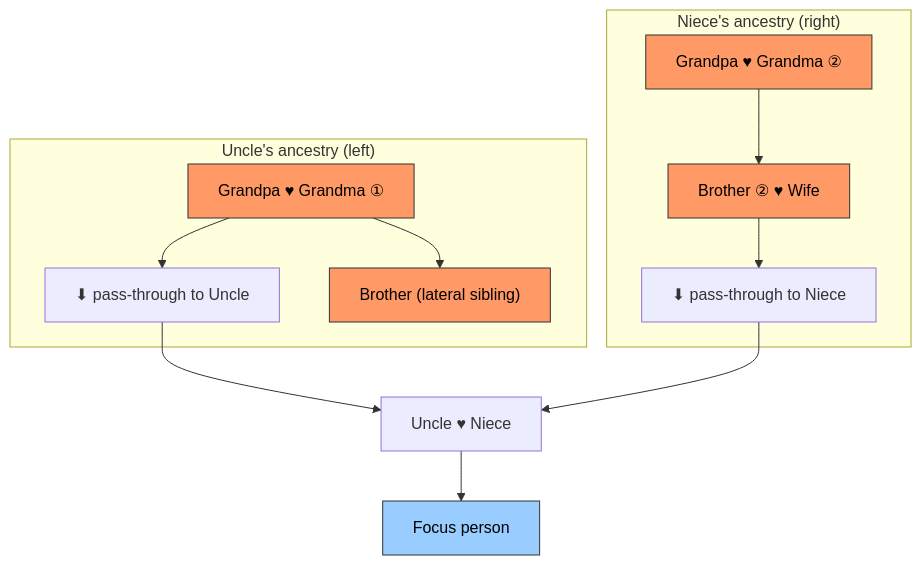
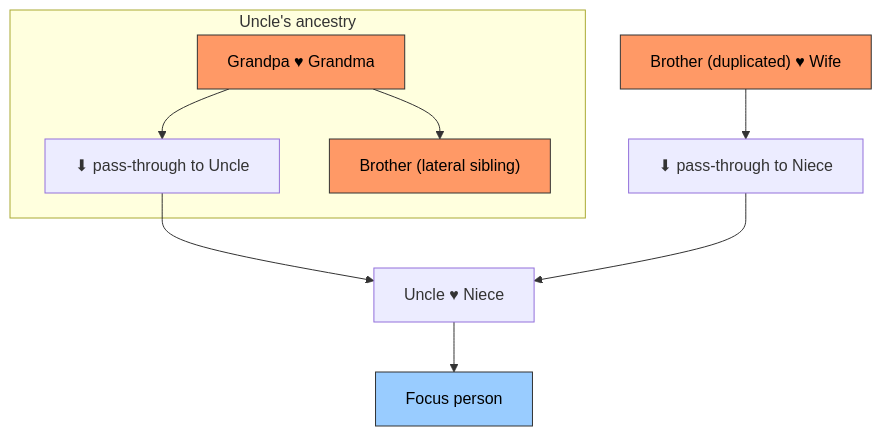
One commit to san650/ancestry changed diagram 11 of 13 in lib/ancestry/people/CLAUDE.md. Above: the diagram before and after it, drawn with Mermaid. The commit also changed other lines of this file, not shown here.

````diff
--- a/lib/ancestry/people/CLAUDE.md
+++ b/lib/ancestry/people/CLAUDE.md
@@ -312,24 +307,19 @@
 ```mermaid
 flowchart TD
-    subgraph uncle_side ["Uncle's ancestry (left)"]
-        GP1["Grandpa ♥ Grandma ①"]
-        GP1 --> Uncle_pt["⬇ pass-through to Uncle"]
-        GP1 --> Bro_lat["Brother (lateral sibling)"]
+    subgraph uncle_side ["Uncle's ancestry"]
+        GP["Grandpa ♥ Grandma"]
+        GP --> Uncle_pt["⬇ pass-through to Uncle"]
+        GP --> Bro_lat["Brother (lateral sibling)"]
     end
 
-    subgraph niece_side ["Niece's ancestry (right)"]
-        GP2["Grandpa ♥ Grandma ②"]
-        GP2 --> Bro2["Brother ② ♥ Wife"]
-        Bro2 --> N_pt["⬇ pass-through to Niece"]
-    end
+    Bro_dup["Brother (duplicated) ♥ Wife"] --> N_pt["⬇ pass-through to Niece"]
 
     Uncle_pt --> MN["Uncle ♥ Niece"]
     N_pt --> MN
     MN --> Focus["Focus person"]
 
-    style GP1 fill:#f96,stroke:#333,color:#000
-    style GP2 fill:#f96,stroke:#333,color:#000
+    style GP fill:#f96,stroke:#333,color:#000
     style Bro_lat fill:#f96,stroke:#333,color:#000
-    style Bro2 fill:#f96,stroke:#333,color:#000
+    style Bro_dup fill:#f96,stroke:#333,color:#000
     style Focus fill:#9cf,stroke:#333,color:#000
 ```
````
